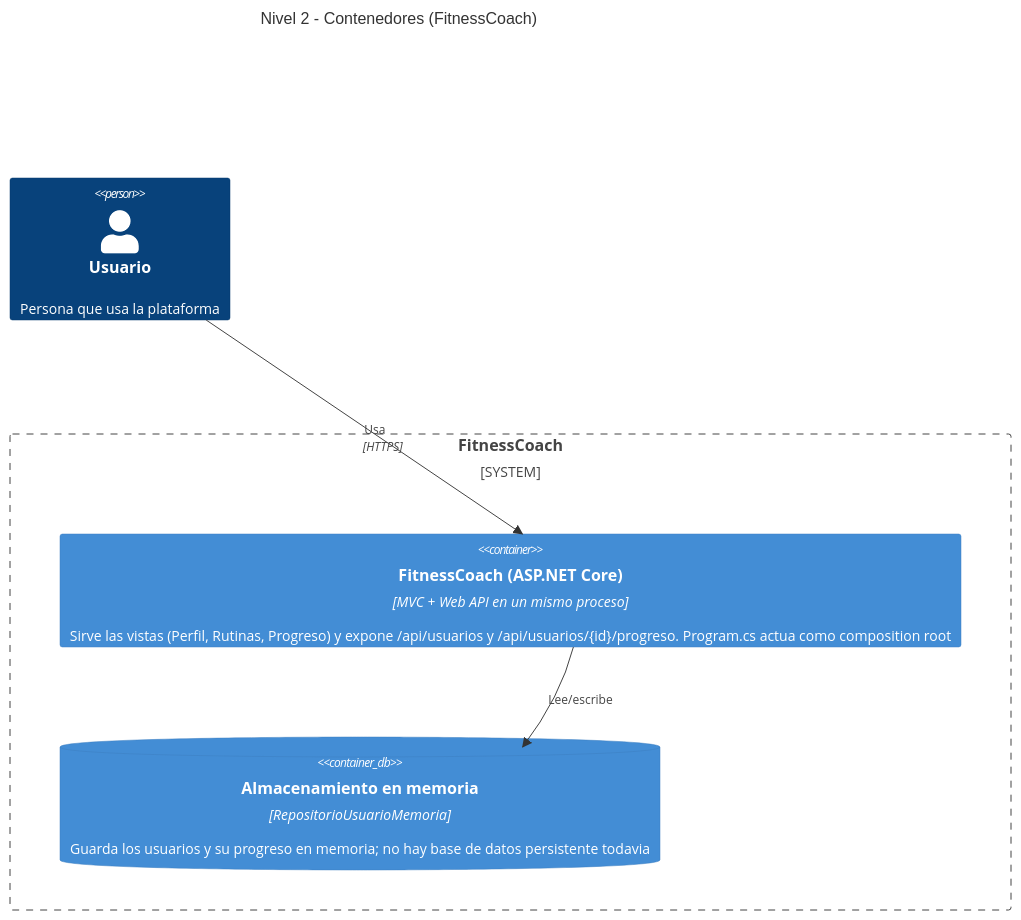
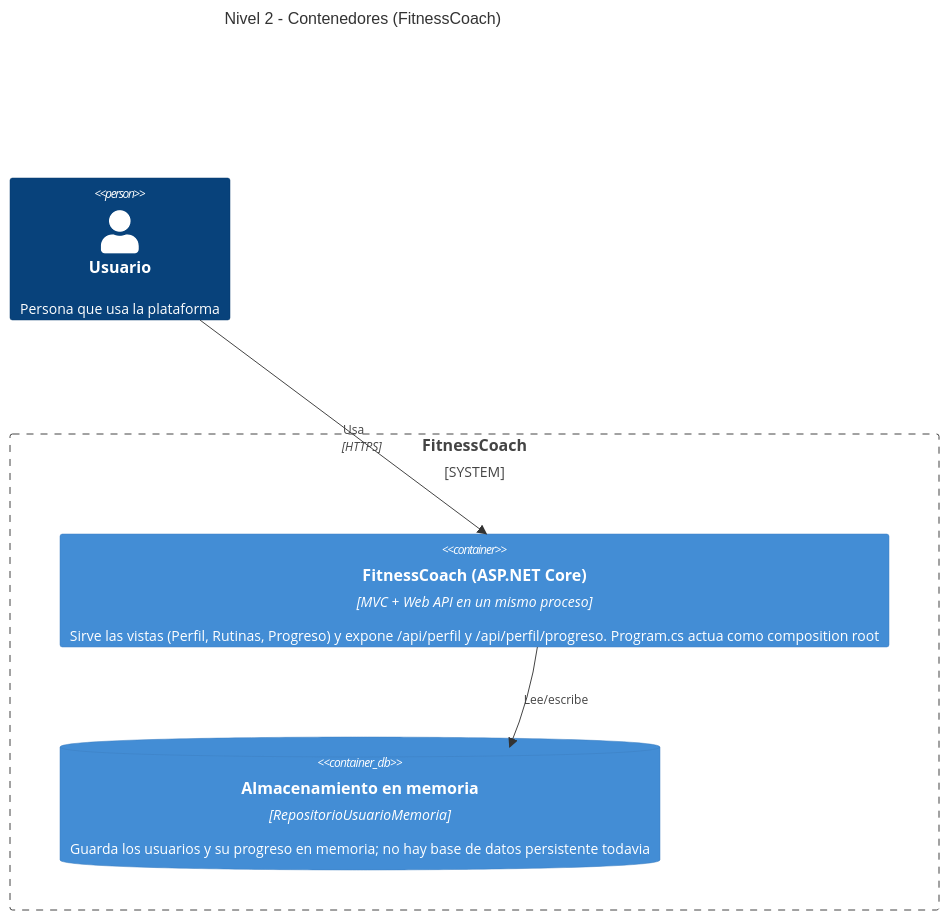
Before and after one commit to mateomartin21/FitnessCoach: the second of 3 diagrams in docs/diagrama-arquitectura.md, drawn with Mermaid. The commit also changed 4 other files, not shown here.

````diff
--- a/docs/diagrama-arquitectura.md
+++ b/docs/diagrama-arquitectura.md
@@ -20,14 +20,14 @@
 ```mermaid
 C4Container
     title Nivel 2 - Contenedores (FitnessCoach)
 
     Person(usuario, "Usuario", "Persona que usa la plataforma")
 
     System_Boundary(fitnessCoach, "FitnessCoach") {
-        Container(app, "FitnessCoach (ASP.NET Core)", "MVC + Web API en un mismo proceso", "Sirve las vistas (Perfil, Rutinas, Progreso) y expone /api/usuarios y /api/usuarios/{id}/progreso. Program.cs actua como composition root")
+        Container(app, "FitnessCoach (ASP.NET Core)", "MVC + Web API en un mismo proceso", "Sirve las vistas (Perfil, Rutinas, Progreso) y expone /api/perfil y /api/perfil/progreso. Program.cs actua como composition root")
         ContainerDb(memoria, "Almacenamiento en memoria", "RepositorioUsuarioMemoria", "Guarda los usuarios y su progreso en memoria; no hay base de datos persistente todavia")
     }
 
     Rel(usuario, app, "Usa", "HTTPS")
     Rel(app, memoria, "Lee/escribe")
 ```
````
